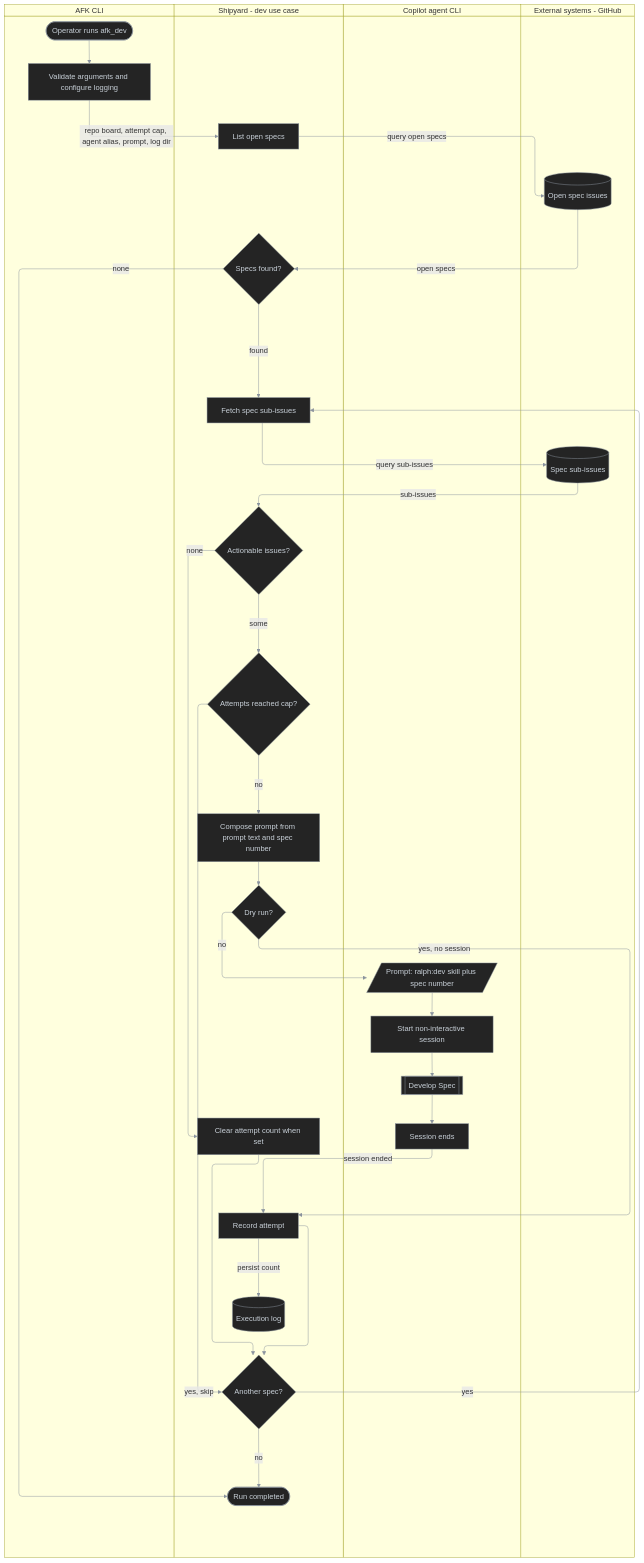
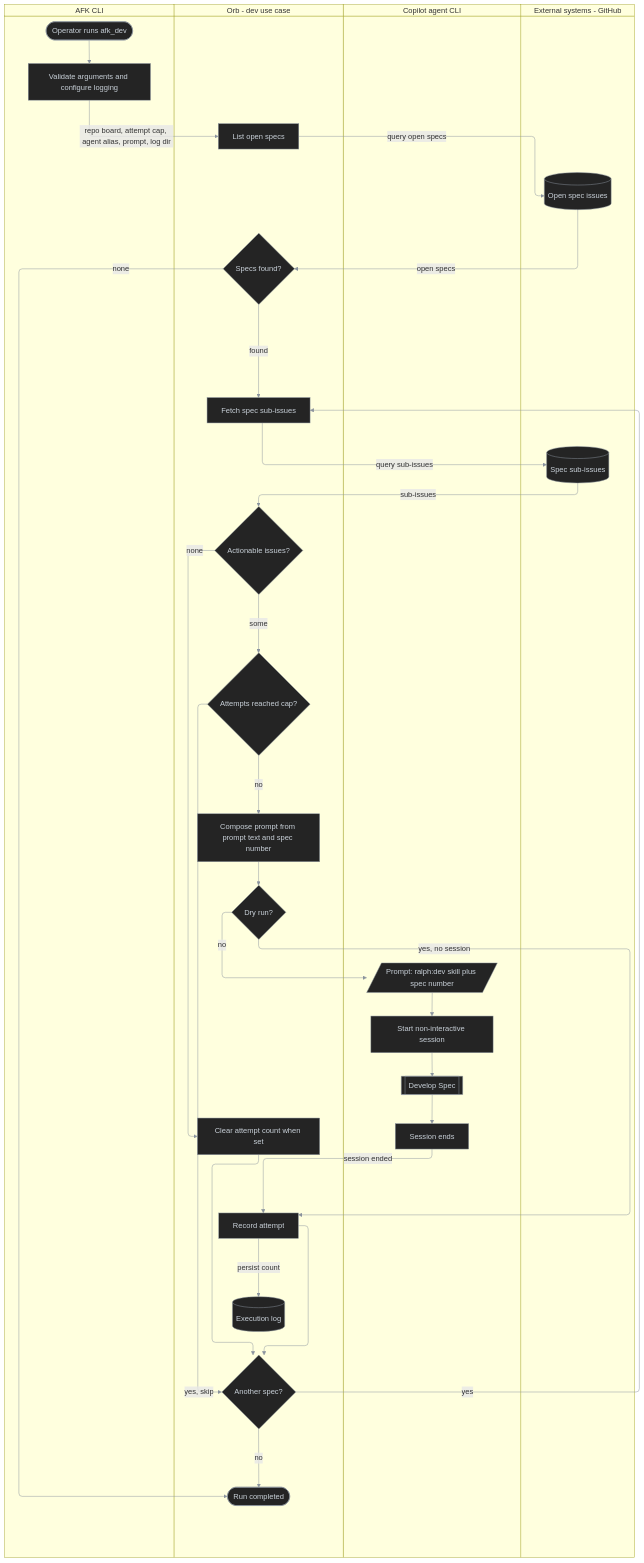
Before and after one commit to antshc/loop: the first of 4 diagrams in docs/concepts/dom-autonomous-spec-delivery.md, drawn with Mermaid. The commit also changed other lines of this file and 16 other files, not shown here.

First line of the commit message:
Refactor documentation and codebase to transition from Shipyard to Orb

````diff
--- a/docs/concepts/dom-autonomous-spec-delivery.md
+++ b/docs/concepts/dom-autonomous-spec-delivery.md
@@ -17,57 +17,57 @@
 ```mermaid
 %%{init: {'themeVariables': {'lineColor': '#8b949e'}}}%%
 %% diagram-id: afk-dev-run-swimlane
 swimlane-beta TB
   accTitle: AFK dev run responsibility
-  accDescr: Shows how the CLI, Shipyard, the Copilot agent and GitHub share the work of attempting each open spec.
+  accDescr: Shows how the CLI, Orb, the Copilot agent and GitHub share the work of attempting each open spec.
 
   subgraph cli [AFK CLI]
     start([Operator runs afk_dev])
     args[Validate arguments and configure logging]
   end
 
-  subgraph shipyard [Shipyard - dev use case]
+  subgraph orb [Orb - dev use case]
     list[List open specs]
     anySpecs{Specs found?}
     fetch[Fetch spec sub-issues]
     filter{Actionable issues?}
     reset[Clear attempt count when set]
     cap{Attempts reached cap?}
     compose[Compose prompt from prompt text and spec number]
     dry{Dry run?}
     record[Record attempt]
     log[(Execution log)]
     next{Another spec?}
     done([Run completed])
   end
 
   subgraph copilot [Copilot agent CLI]
     promptIn[/Prompt: ralph:dev skill plus spec number/]
     session[Start non-interactive session]
     dev[[Develop Spec]]
     exitNode[Session ends]
   end
 
   subgraph ext [External systems - GitHub]
     specs[(Open spec issues)]
     issues[(Spec sub-issues)]
   end
 
   start --> args -->|repo board, attempt cap, agent alias, prompt, log dir| list
   list -->|query open specs| specs -->|open specs| anySpecs
   anySpecs -->|none| done
   anySpecs -->|found| fetch
   fetch -->|query sub-issues| issues -->|sub-issues| filter
   filter -->|none| reset --> next
   filter -->|some| cap
   cap -->|yes, skip| next
   cap -->|no| compose --> dry
   dry -->|yes, no session| record
   dry -->|no| promptIn --> session --> dev --> exitNode -->|session ended| record
   record -->|persist count| log
   record --> next
   next -->|yes| fetch
   next -->|no| done
 
   classDef default fill:#242424,stroke:#8b949e,color:#c9d1d9,stroke-width:1px
 ```
````
